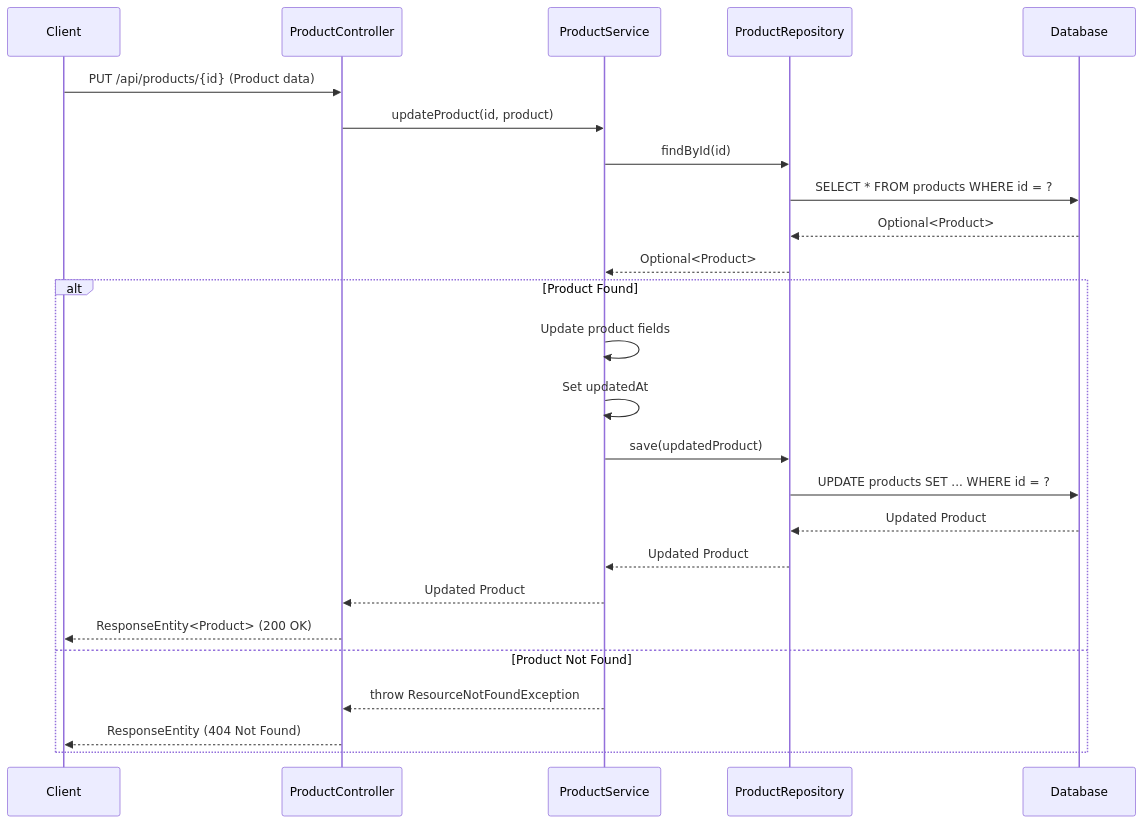
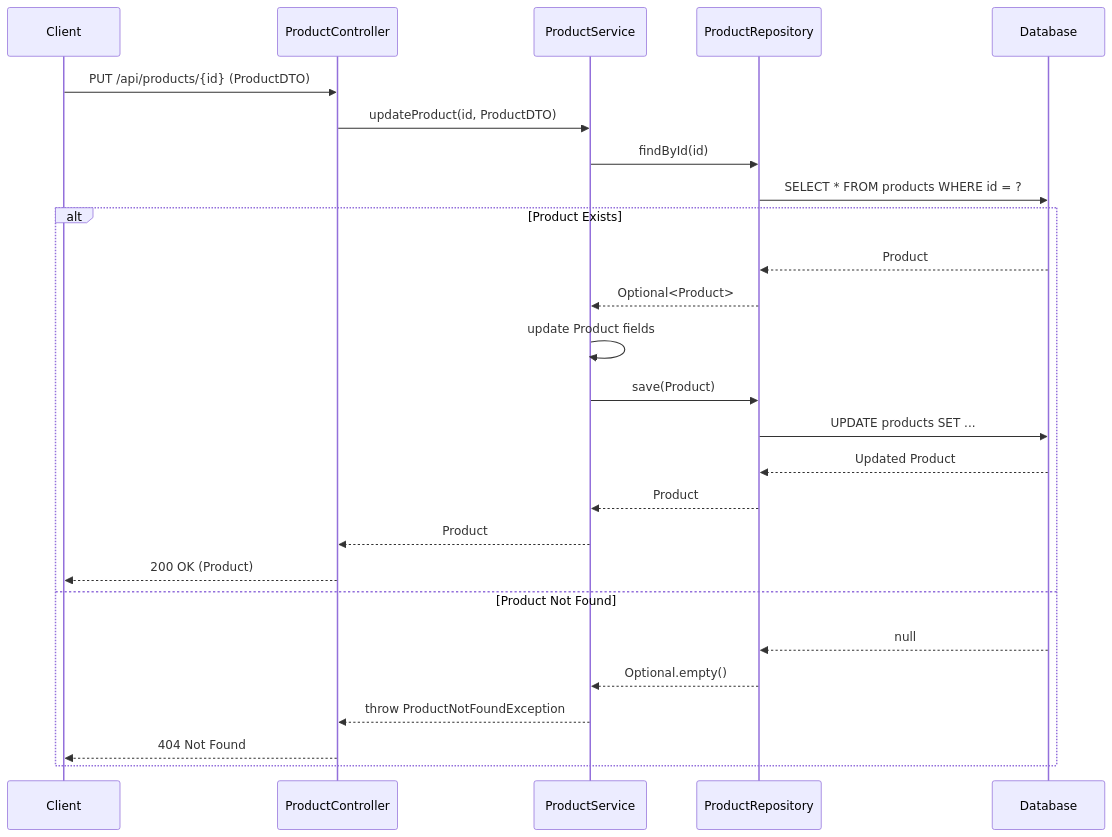
The sixth of 13 diagrams in docs/LLD/modified_lld.md (NavneetBN47/aava-ecom-demo), drawn with Mermaid before and after one commit. The commit also changed other lines of this file, not shown here.

````diff
--- a/docs/LLD/modified_lld.md
+++ b/docs/LLD/modified_lld.md
@@ -285,28 +283,30 @@
 ```mermaid
 sequenceDiagram
     participant Client
     participant ProductController
     participant ProductService
     participant ProductRepository
     participant Database
 
-    Client->>ProductController: PUT /api/products/{id} (Product data)
-    ProductController->>ProductService: updateProduct(id, product)
+    Client->>ProductController: PUT /api/products/{id} (ProductDTO)
+    ProductController->>ProductService: updateProduct(id, ProductDTO)
     ProductService->>ProductRepository: findById(id)
     ProductRepository->>Database: SELECT * FROM products WHERE id = ?
-    Database-->>ProductRepository: Optional<Product>
-    ProductRepository-->>ProductService: Optional<Product>
-    alt Product Found
-        ProductService->>ProductService: Update product fields
-        ProductService->>ProductService: Set updatedAt
-        ProductService->>ProductRepository: save(updatedProduct)
-        ProductRepository->>Database: UPDATE products SET ... WHERE id = ?
+    
+    alt Product Exists
+        Database-->>ProductRepository: Product
+        ProductRepository-->>ProductService: Optional<Product>
+        ProductService->>ProductService: update Product fields
+        ProductService->>ProductRepository: save(Product)
+        ProductRepository->>Database: UPDATE products SET ...
         Database-->>ProductRepository: Updated Product
-        ProductRepository-->>ProductService: Updated Product
-        ProductService-->>ProductController: Updated Product
-        ProductController-->>Client: ResponseEntity<Product> (200 OK)
+        ProductRepository-->>ProductService: Product
+        ProductService-->>ProductController: Product
+        ProductController-->>Client: 200 OK (Product)
     else Product Not Found
-        ProductService-->>ProductController: throw ResourceNotFoundException
-        ProductController-->>Client: ResponseEntity (404 Not Found)
+        Database-->>ProductRepository: null
+        ProductRepository-->>ProductService: Optional.empty()
+        ProductService-->>ProductController: throw ProductNotFoundException
+        ProductController-->>Client: 404 Not Found
     end
 ```
````
